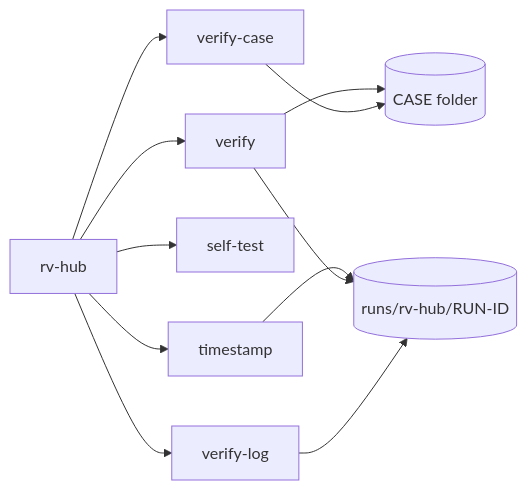
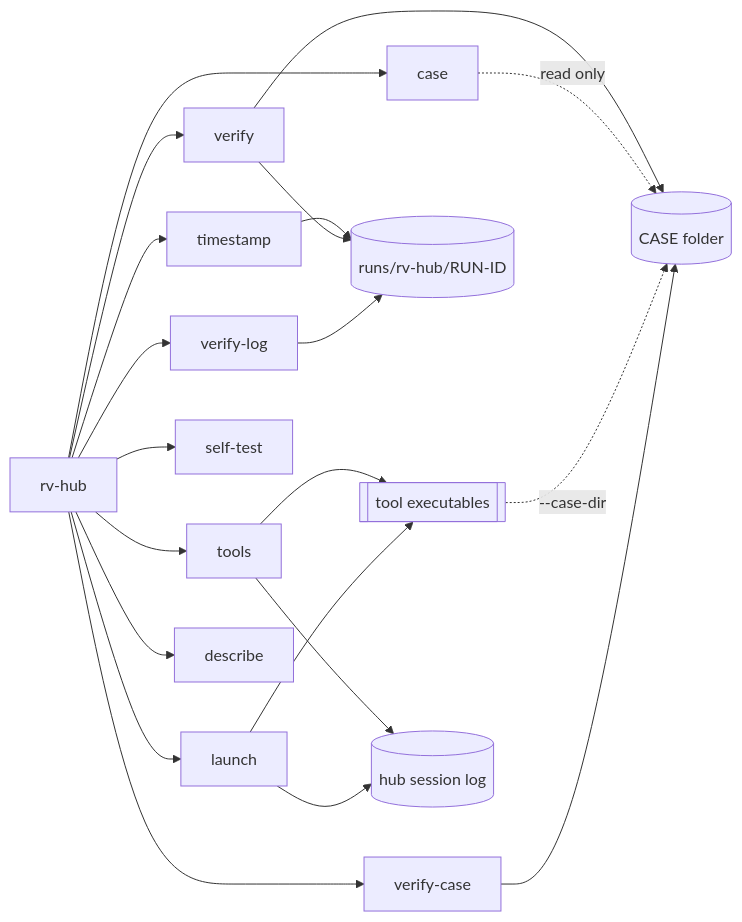
Before and after one commit to Panacota96/rv-hub: the diagram in docs/usage-cli.md, drawn with Mermaid. The commit also changed other lines of this file and 1 other file, not shown here.

First line of the commit message:
docs: usage-cli regenerated; usage guide for tools, case, launch and describe

````diff
--- a/docs/usage-cli.md
+++ b/docs/usage-cli.md
@@ -5,13 +5,23 @@
 ```mermaid
 flowchart LR
   A[rv-hub] --> B[verify]
+  A --> TL[tools]
+  A --> CS[case]
+  A --> L[launch]
   A --> C[verify-log]
   A --> D[self-test]
   A --> T[timestamp]
   A --> V[verify-case]
+  A --> DS[describe]
   T --> E
   B --> K[(CASE folder)]
   B --> E[(runs/rv-hub/RUN-ID)]
+  CS -. read only .-> K
+  TL --> X[[tool executables]]
+  L --> X
+  TL --> S[(hub session log)]
+  L --> S
+  X -. --case-dir .-> K
   V --> K
   C --> E
 ```
````
